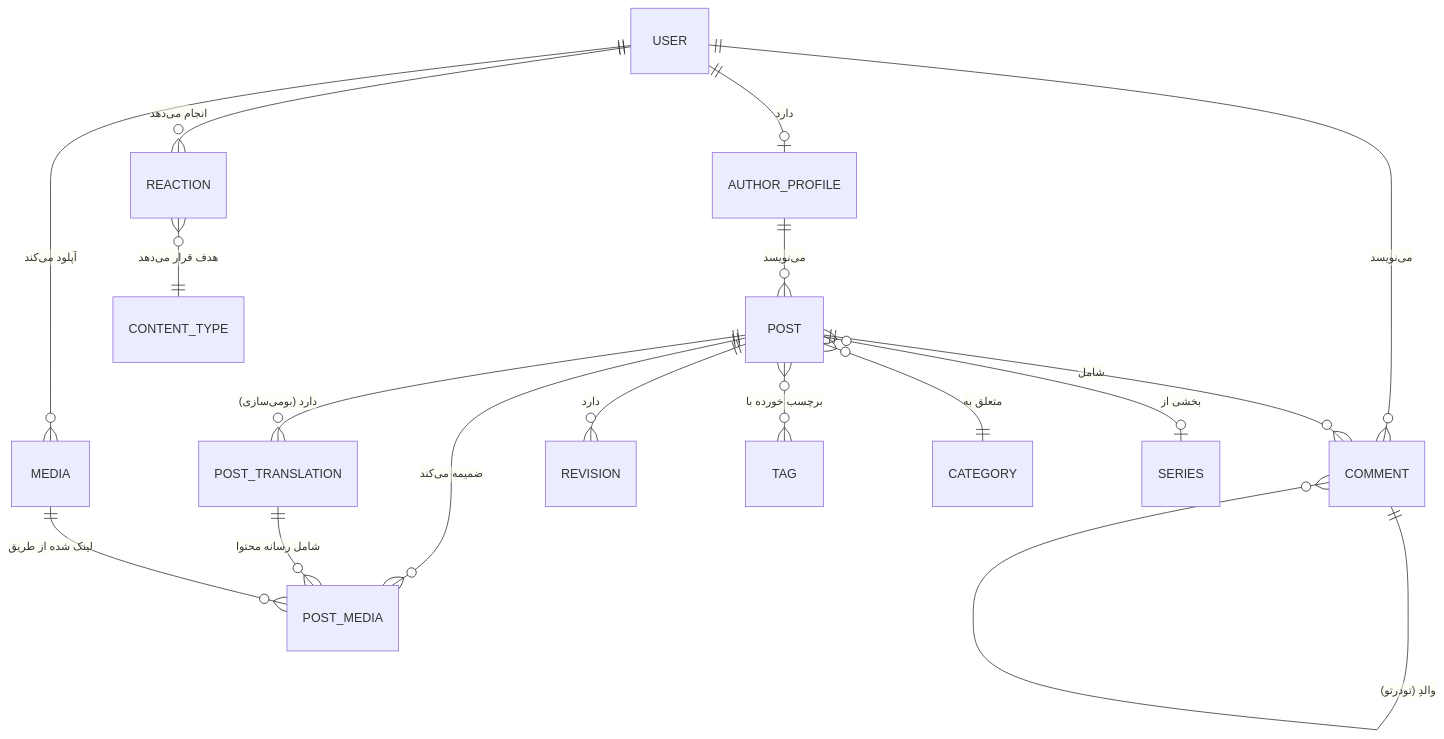
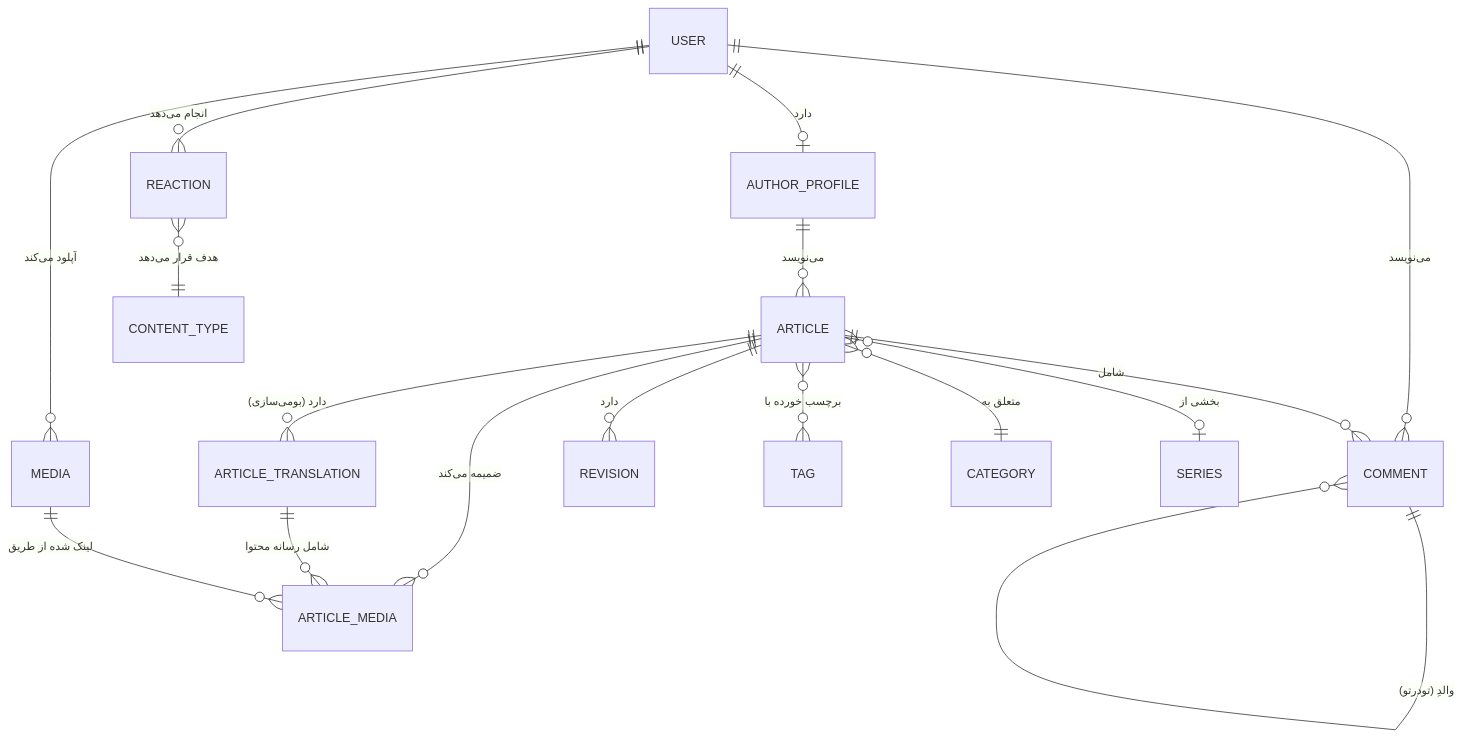
One commit to amirhossein-moloki/Blog changed the first of 4 diagrams in COMPREHENSIVE_ARCHITECTURE_FA.md. Above: the diagram before and after it, drawn with Mermaid. The commit also changed other lines of this file and 25 other files, not shown here.

Commit message:
sync: update API collections, openapi schemas, and docs with Article model and remove AVIF reference

````diff
--- a/COMPREHENSIVE_ARCHITECTURE_FA.md
+++ b/COMPREHENSIVE_ARCHITECTURE_FA.md
@@ -327,23 +327,23 @@
 ```mermaid
 erDiagram
     USER ||--o| AUTHOR_PROFILE : "دارد"
     USER ||--o{ MEDIA : "آپلود می‌کند"
     USER ||--o{ COMMENT : "می‌نویسد"
     USER ||--o{ REACTION : "انجام می‌دهد"
 
-    AUTHOR_PROFILE ||--o{ POST : "می‌نویسد"
+    AUTHOR_PROFILE ||--o{ ARTICLE : "می‌نویسد"
 
-    POST ||--o{ POST_TRANSLATION : "دارد (بومی‌سازی)"
-    POST ||--o{ COMMENT : "شامل"
-    POST ||--o{ REVISION : "دارد"
-    POST }o--o{ TAG : "برچسب خورده با"
-    POST }o--|| CATEGORY : "متعلق به"
-    POST }o--o| SERIES : "بخشی از"
+    ARTICLE ||--o{ ARTICLE_TRANSLATION : "دارد (بومی‌سازی)"
+    ARTICLE ||--o{ COMMENT : "شامل"
+    ARTICLE ||--o{ REVISION : "دارد"
+    ARTICLE }o--o{ TAG : "برچسب خورده با"
+    ARTICLE }o--|| CATEGORY : "متعلق به"
+    ARTICLE }o--o| SERIES : "بخشی از"
 
-    POST ||--o{ POST_MEDIA : "ضمیمه می‌کند"
-    POST_TRANSLATION ||--o{ POST_MEDIA : "شامل رسانه محتوا"
-    MEDIA ||--o{ POST_MEDIA : "لینک شده از طریق"
+    ARTICLE ||--o{ ARTICLE_MEDIA : "ضمیمه می‌کند"
+    ARTICLE_TRANSLATION ||--o{ ARTICLE_MEDIA : "شامل رسانه محتوا"
+    MEDIA ||--o{ ARTICLE_MEDIA : "لینک شده از طریق"
 
     COMMENT ||--o{ COMMENT : "والدِ (تودرتو)"
     REACTION }o--|| CONTENT_TYPE : "هدف قرار می‌دهد"
 ```
````
